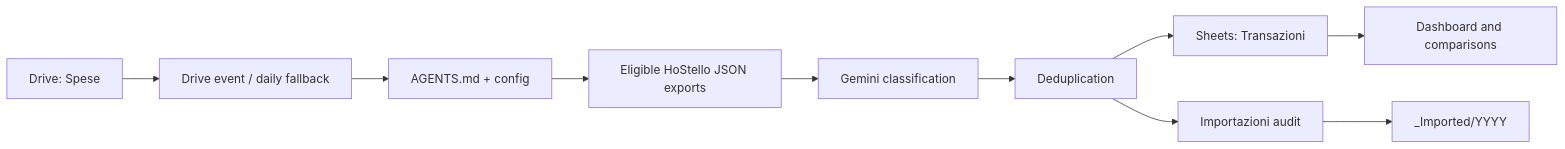
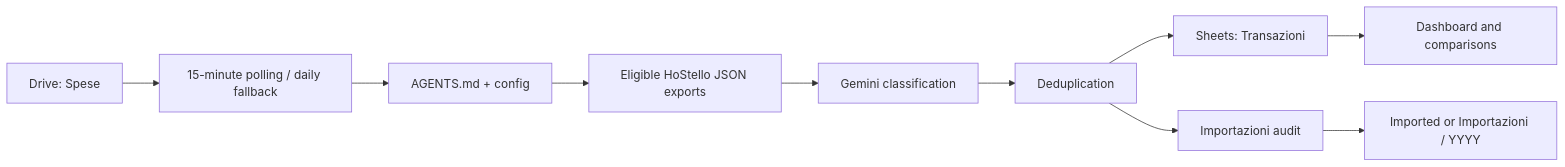
One commit to marcomc/Google-Drive-Expenses-Cataloger changed the diagram in README.md. Above: the diagram before and after it, drawn with Mermaid. The commit also changed other lines of this file and 18 other files, not shown here.

````diff
--- a/README.md
+++ b/README.md
@@ -20,12 +20,12 @@
 ```mermaid
 flowchart LR
-  folder["Drive: Spese"] --> event["Drive event / daily fallback"]
+  folder["Drive: Spese"] --> event["15-minute polling / daily fallback"]
   event --> policy["AGENTS.md + config"]
   policy --> json["Eligible HoStello JSON exports"]
   json --> ai["Gemini classification"]
   ai --> dedupe["Deduplication"]
   dedupe --> ledger["Sheets: Transazioni"]
   ledger --> dashboard["Dashboard and comparisons"]
   dedupe --> audit["Importazioni audit"]
-  audit --> archive["_Imported/YYYY"]
+  audit --> archive["Imported or Importazioni / YYYY"]
 ```
````
